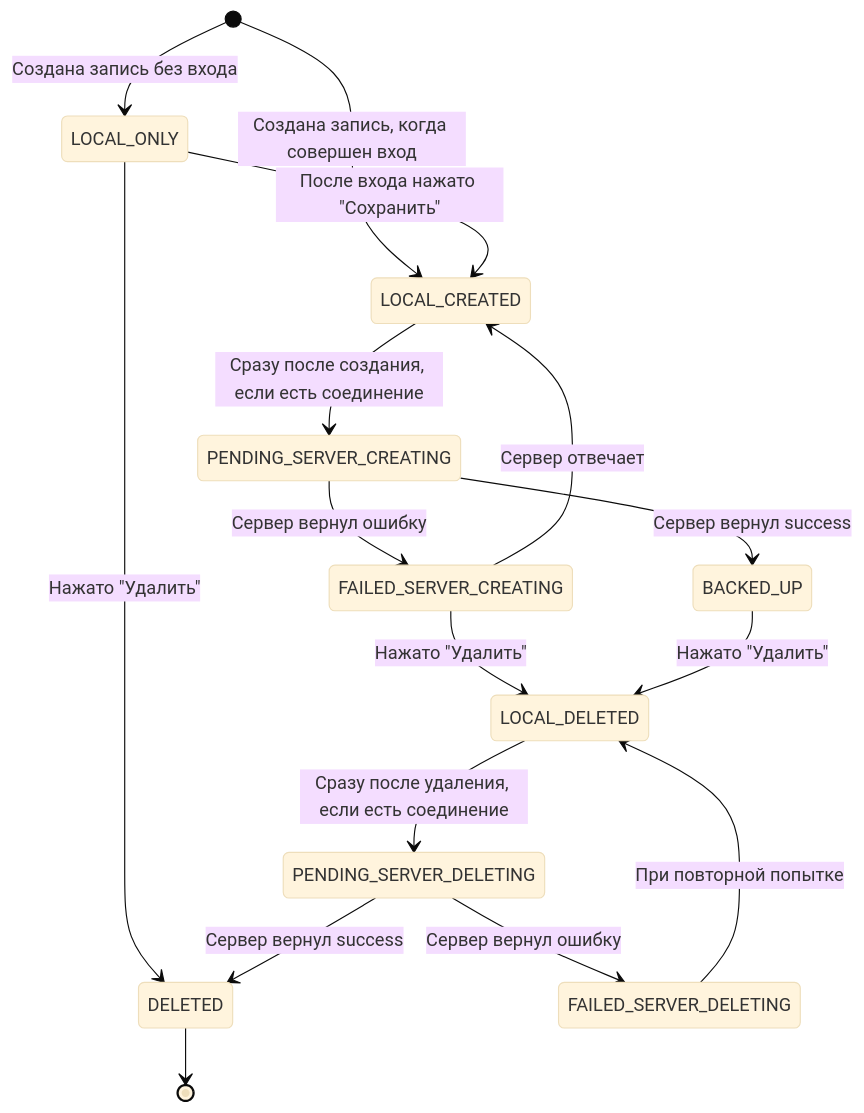
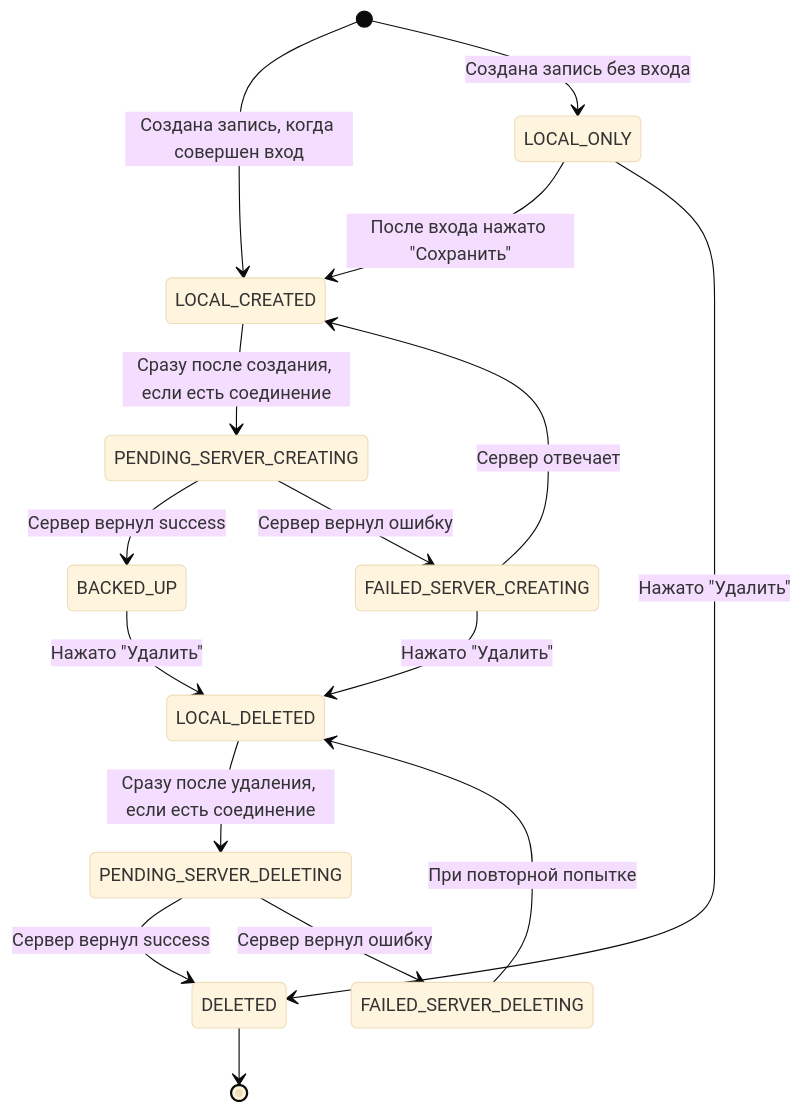
One commit to anem1a/migrenoznik changed the first of 2 diagrams in architecture/migrenoznik.md. Above: the diagram before and after it, drawn with Mermaid (base theme). The commit also changed other lines of this file, not shown here.

````diff
--- a/architecture/migrenoznik.md
+++ b/architecture/migrenoznik.md
@@ -17,27 +17,27 @@
 ```mermaid
 stateDiagram-v2
     [*] --> LOCAL_CREATED: Создана запись, когда совершен вход
     [*] --> LOCAL_ONLY: Создана запись без входа
 
     LOCAL_ONLY --> LOCAL_CREATED: После входа нажато "Сохранить"
-    LOCAL_ONLY --> DELETED: Нажато "Удалить"
 
     LOCAL_CREATED --> PENDING_SERVER_CREATING: Сразу после создания, если есть соединение
 
     PENDING_SERVER_CREATING --> BACKED_UP: Сервер вернул success
     PENDING_SERVER_CREATING --> FAILED_SERVER_CREATING: Сервер вернул ошибку
 
     FAILED_SERVER_CREATING --> LOCAL_DELETED: Нажато "Удалить"
     FAILED_SERVER_CREATING --> LOCAL_CREATED: Сервер отвечает
 
     BACKED_UP --> LOCAL_DELETED: Нажато "Удалить"
 
     LOCAL_DELETED --> PENDING_SERVER_DELETING: Сразу после удаления, если есть соединение
 
     PENDING_SERVER_DELETING --> DELETED: Сервер вернул success
     PENDING_SERVER_DELETING --> FAILED_SERVER_DELETING: Сервер вернул ошибку
 
     FAILED_SERVER_DELETING --> LOCAL_DELETED: При повторной попытке
+    LOCAL_ONLY --> DELETED: Нажато "Удалить"
 
     DELETED --> [*]
 ```
````
